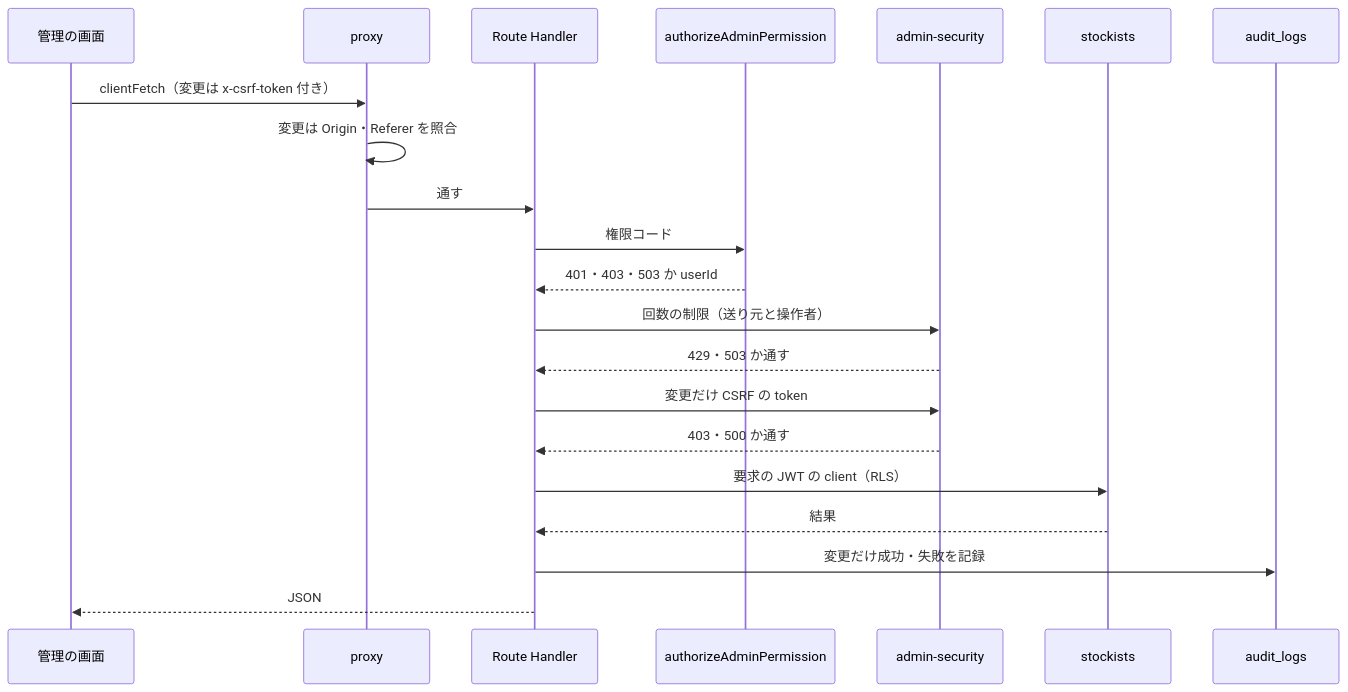
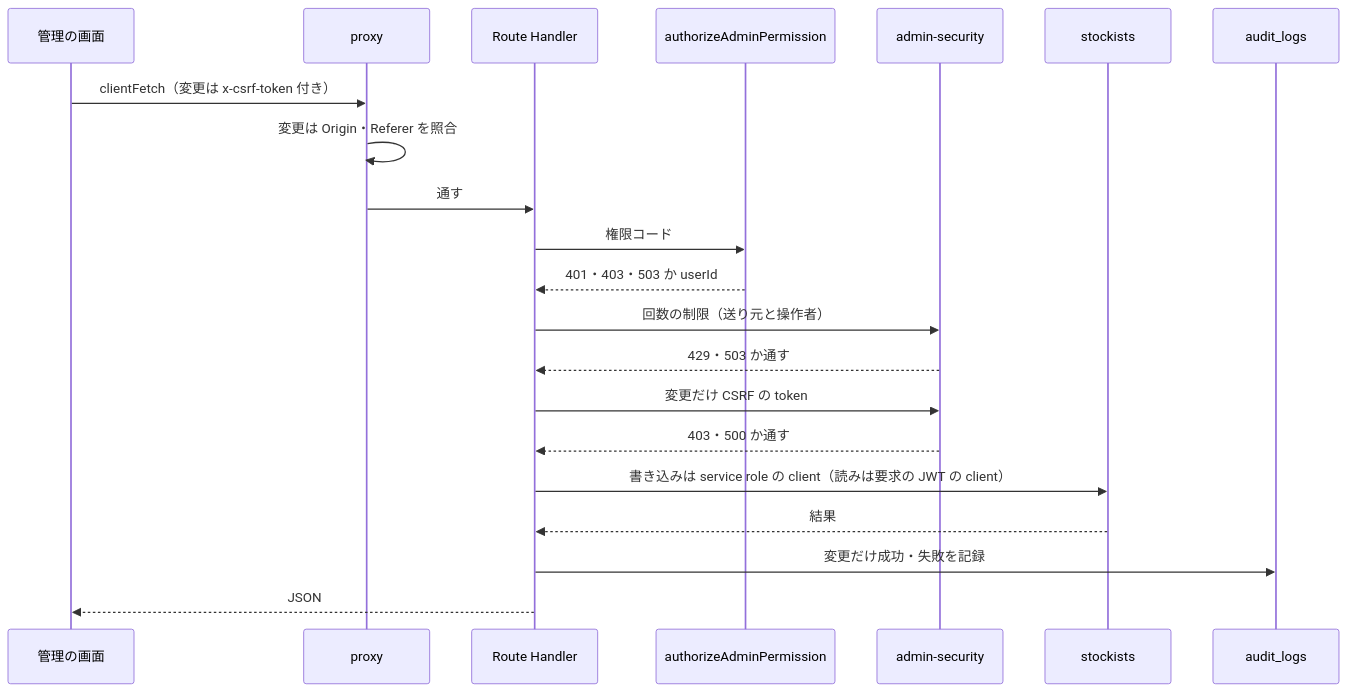
Before and after one commit to ChocoWork/o_official: the second of 6 diagrams in docs/03_BasicDesign/areas/stockist.md, drawn with Mermaid. The commit also changed other lines of this file and 144 other files, not shown here.

````diff
--- a/docs/03_BasicDesign/areas/stockist.md
+++ b/docs/03_BasicDesign/areas/stockist.md
@@ -96,23 +97,23 @@
 ```mermaid
 sequenceDiagram
   participant B as 管理の画面
   participant P as proxy
   participant R as Route Handler
   participant Z as authorizeAdminPermission
   participant S as admin-security
   participant D as stockists
   participant L as audit_logs
   B->>P: clientFetch（変更は x-csrf-token 付き）
   P->>P: 変更は Origin・Referer を照合
   P->>R: 通す
   R->>Z: 権限コード
   Z-->>R: 401・403・503 か userId
   R->>S: 回数の制限（送り元と操作者）
   S-->>R: 429・503 か通す
   R->>S: 変更だけ CSRF の token
   S-->>R: 403・500 か通す
-  R->>D: 要求の JWT の client（RLS）
+  R->>D: 書き込みは service role の client（読みは要求の JWT の client）
   D-->>R: 結果
   R->>L: 変更だけ成功・失敗を記録
   R-->>B: JSON
 ```
````
